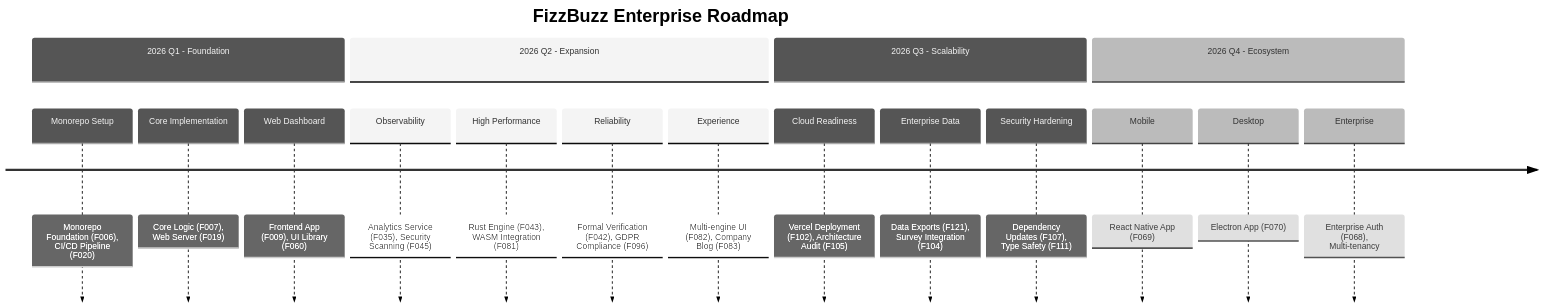
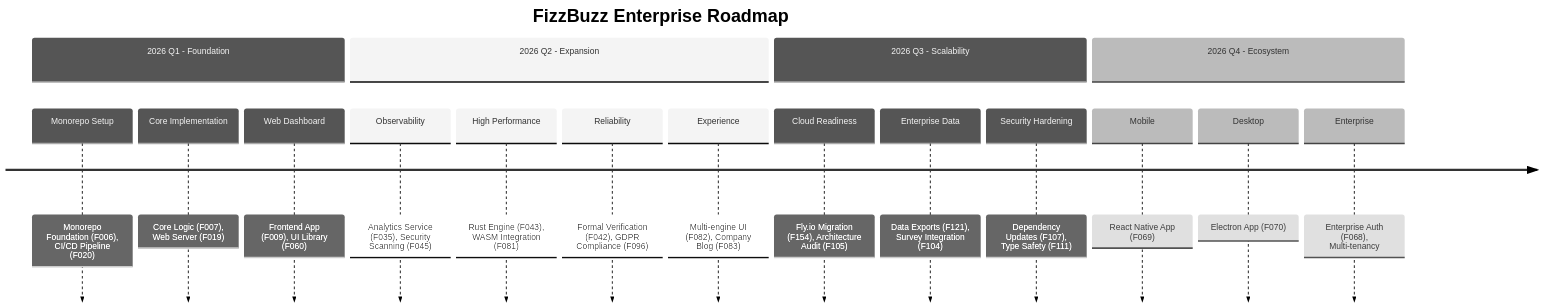
Before and after one commit to CamJohnson26/agent-first-fizzbuzz-scalable: the first of 2 diagrams in README.md, drawn with Mermaid (neutral theme). The commit also changed other lines of this file and 30 other files, not shown here.

First line of the commit message:
Migrate all apps from Vercel to Fly.io for persistent VM support

````diff
--- a/README.md
+++ b/README.md
@@ -36,21 +36,21 @@
 ```mermaid
 timeline
     title FizzBuzz Enterprise Roadmap
     section 2026 Q1 - Foundation
         Monorepo Setup : Monorepo Foundation (F006), CI/CD Pipeline (F020)
         Core Implementation : Core Logic (F007), Web Server (F019)
         Web Dashboard : Frontend App (F009), UI Library (F060)
     section 2026 Q2 - Expansion
         Observability : Analytics Service (F035), Security Scanning (F045)
         High Performance : Rust Engine (F043), WASM Integration (F081)
         Reliability : Formal Verification (F042), GDPR Compliance (F096)
         Experience : Multi-engine UI (F082), Company Blog (F083)
     section 2026 Q3 - Scalability
-        Cloud Readiness : Vercel Deployment (F102), Architecture Audit (F105)
+        Cloud Readiness : Fly.io Migration (F154), Architecture Audit (F105)
         Enterprise Data : Data Exports (F121), Survey Integration (F104)
         Security Hardening : Dependency Updates (F107), Type Safety (F111)
     section 2026 Q4 - Ecosystem
         Mobile : React Native App (F069)
         Desktop : Electron App (F070)
         Enterprise : Enterprise Auth (F068), Multi-tenancy
 ```
````
